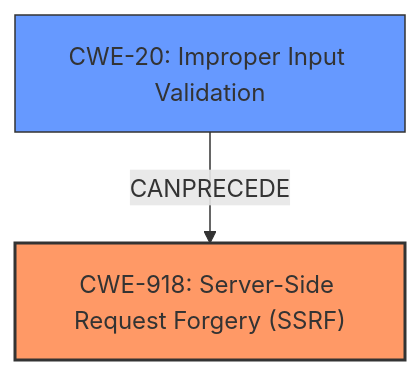
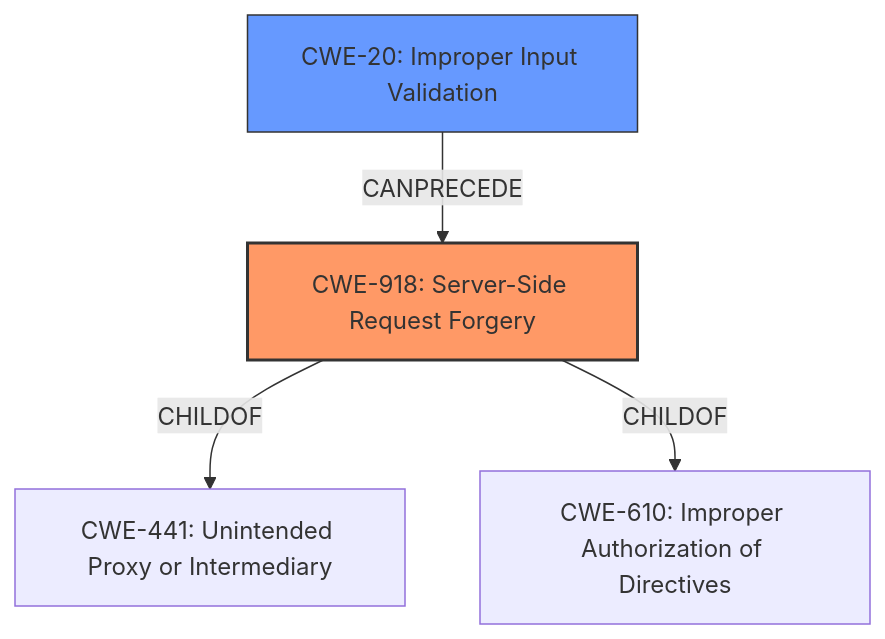
The diagram in CVE-2021-21973/CVE-2021-21973_analysis.md (CyberSecAI/cwe_agent_assign_reports_2023), drawn with Mermaid before and after one commit. The commit also changed other lines of this file and 902 other files, not shown here.

````diff
--- a/CVE-2021-21973/CVE-2021-21973_analysis.md
+++ b/CVE-2021-21973/CVE-2021-21973_analysis.md
@@ -19,13 +17,17 @@
 ```mermaid
 graph TD
-    cwe918["CWE-918: Server-Side Request Forgery (SSRF)"]
+    cwe918["CWE-918: Server-Side Request Forgery"]
+    cwe441["CWE-441: Unintended Proxy or Intermediary"]
+    cwe610["CWE-610: Improper Authorization of Directives"]
     cwe20["CWE-20: Improper Input Validation"]
     
+    cwe918 -->|CHILDOF| cwe441
+    cwe918 -->|CHILDOF| cwe610
     cwe20 -->|CANPRECEDE| cwe918
     
     classDef primary fill:#f96,stroke:#333,stroke-width:2px
     classDef secondary fill:#69f,stroke:#333
-    
+    classDef tertiary fill:#9e9,stroke:#333
     class cwe918 primary
     class cwe20 secondary
 ```
````
